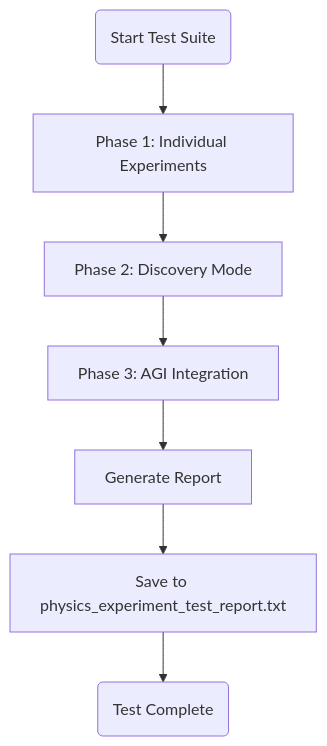
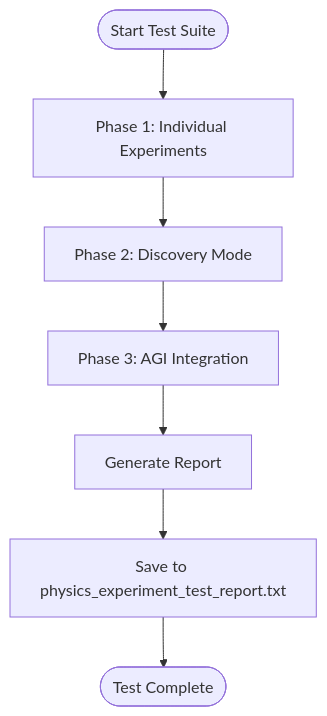
One commit to Likhithsai2580/RAVANA-WIKI changed the third of 3 diagrams in docs/Specialized Modules/Physics Experimentation.md. Above: the diagram before and after it, drawn with Mermaid. The commit also changed other lines of this file and 78 other files, not shown here.

````diff
--- a/docs/Specialized Modules/Physics Experimentation.md
+++ b/docs/Specialized Modules/Physics Experimentation.md
@@ -174,10 +172,9 @@
 ```mermaid
 flowchart TD
-Start("Start Test Suite") --> Phase1["Phase 1: Individual Experiments"]
+Start([Start Test Suite]) --> Phase1["Phase 1: Individual Experiments"]
 Phase1 --> Phase2["Phase 2: Discovery Mode"]
 Phase2 --> Phase3["Phase 3: AGI Integration"]
 Phase3 --> Report["Generate Report"]
 Report --> Save["Save to physics_experiment_test_report.txt"]
-Save --> End("Test Complete")
-
+Save --> End([Test Complete])
 ```
````
